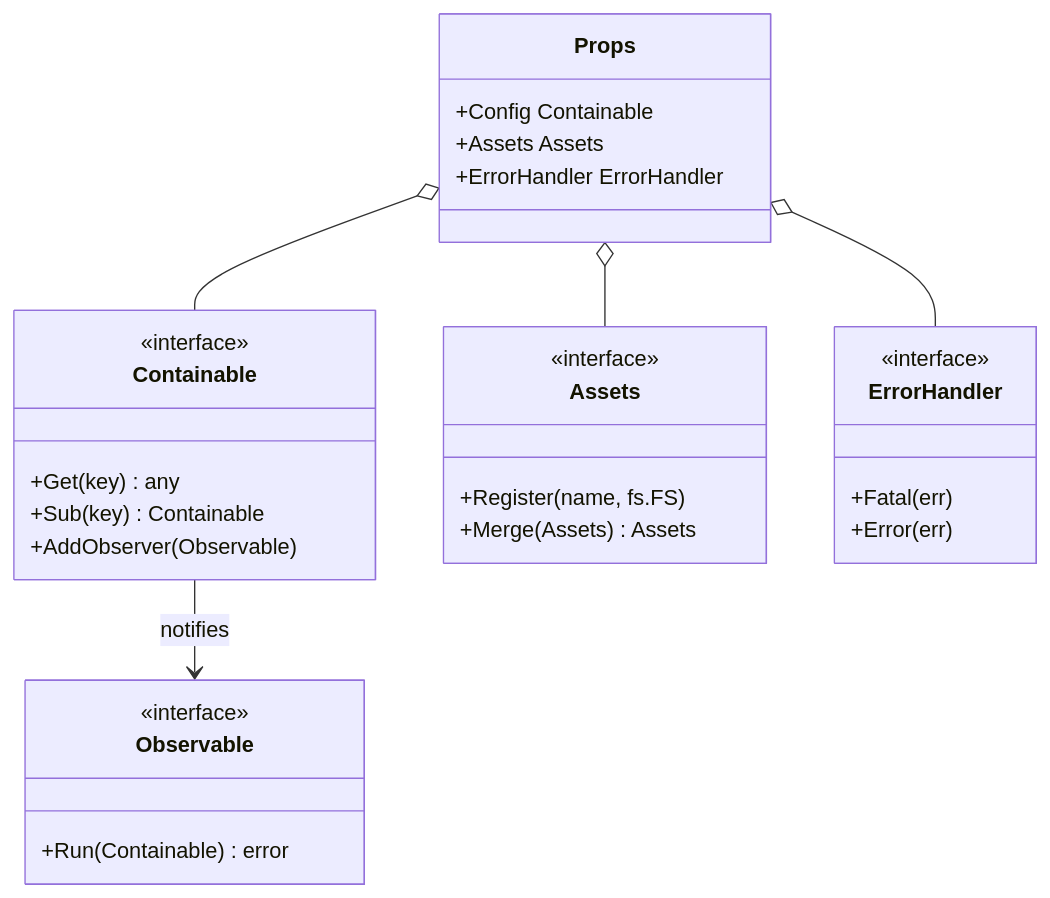
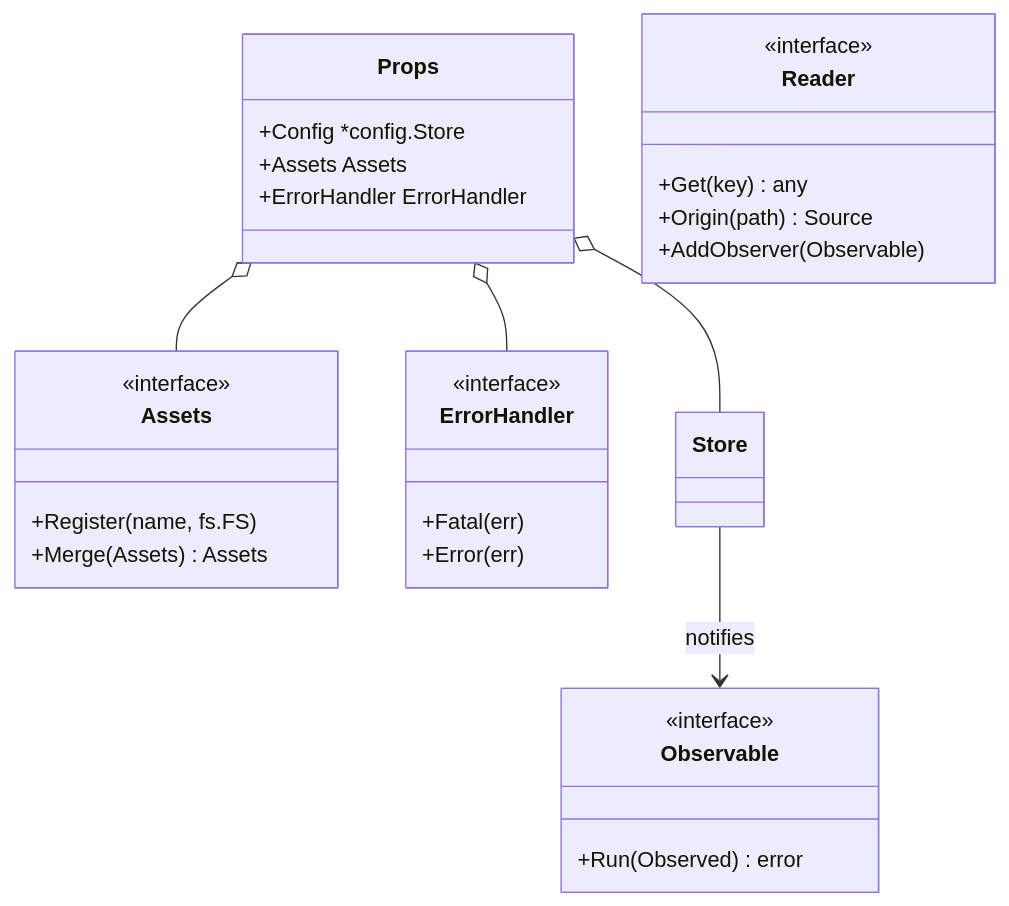
One commit to phpboyscout/go-tool-base changed the diagram in docs/explanation/concepts/interface-design.md. Above: the diagram before and after it, drawn with Mermaid. The commit also changed other lines of this file and 20 other files, not shown here.

````diff
--- a/docs/explanation/concepts/interface-design.md
+++ b/docs/explanation/concepts/interface-design.md
@@ -473,37 +481,37 @@
 ```mermaid
 classDiagram
     class Props {
-        +Config Containable
+        +Config *config.Store
         +Assets Assets
         +ErrorHandler ErrorHandler
     }
     
-    class Containable {
+    class Reader {
         <<interface>>
         +Get(key) any
-        +Sub(key) Containable
+        +Origin(path) Source
         +AddObserver(Observable)
     }
     
     class Observable {
         <<interface>>
-        +Run(Containable) error
+        +Run(Observed) error
     }
     
     class Assets {
         <<interface>>
         +Register(name, fs.FS)
         +Merge(Assets) Assets
     }
     
     class ErrorHandler {
         <<interface>>
         +Fatal(err)
         +Error(err)
     }
     
-    Props o-- Containable
+    Props o-- Store
     Props o-- Assets
     Props o-- ErrorHandler
-    Containable --> Observable : notifies
+    Store --> Observable : notifies
 ```
````
